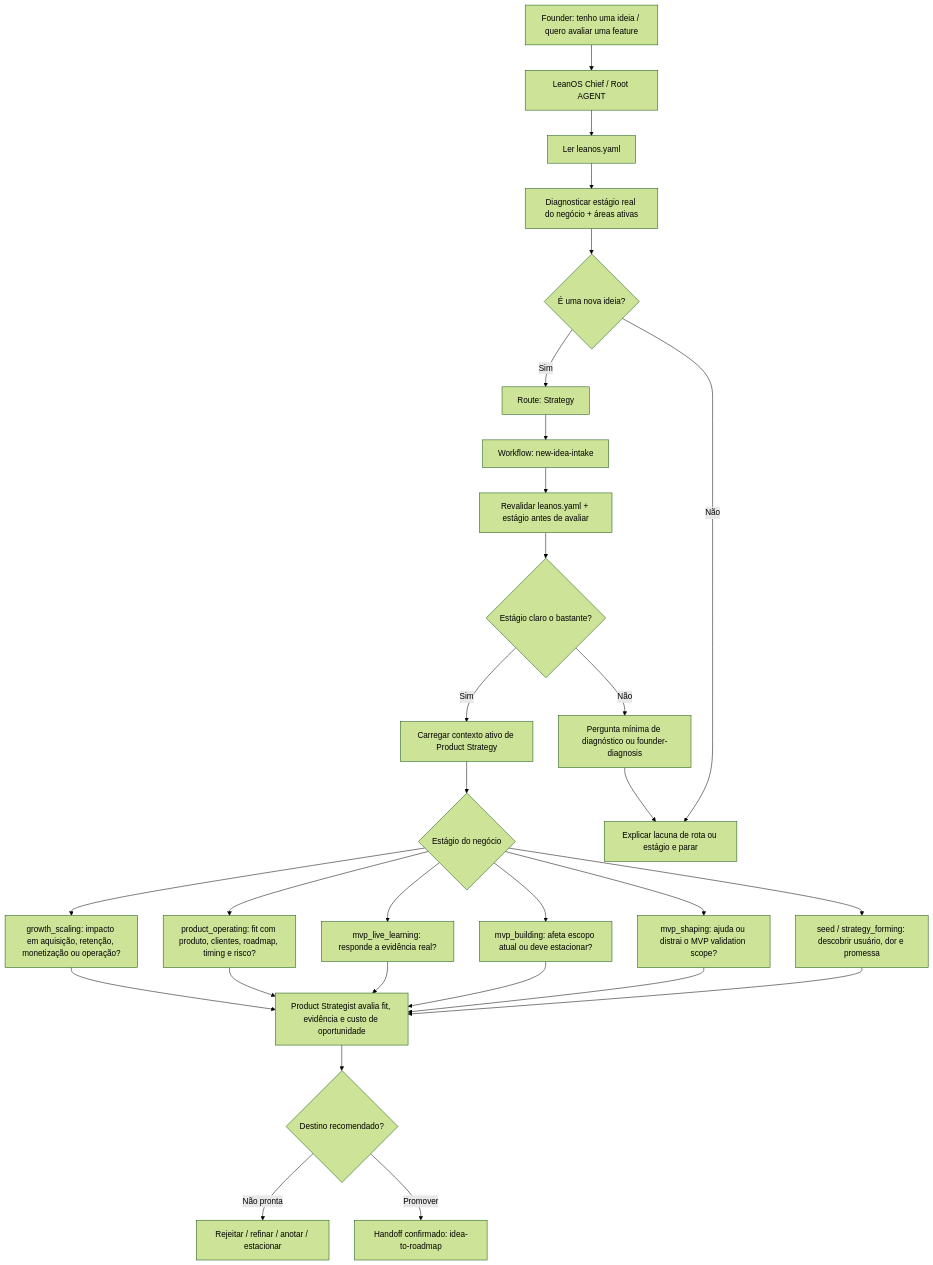
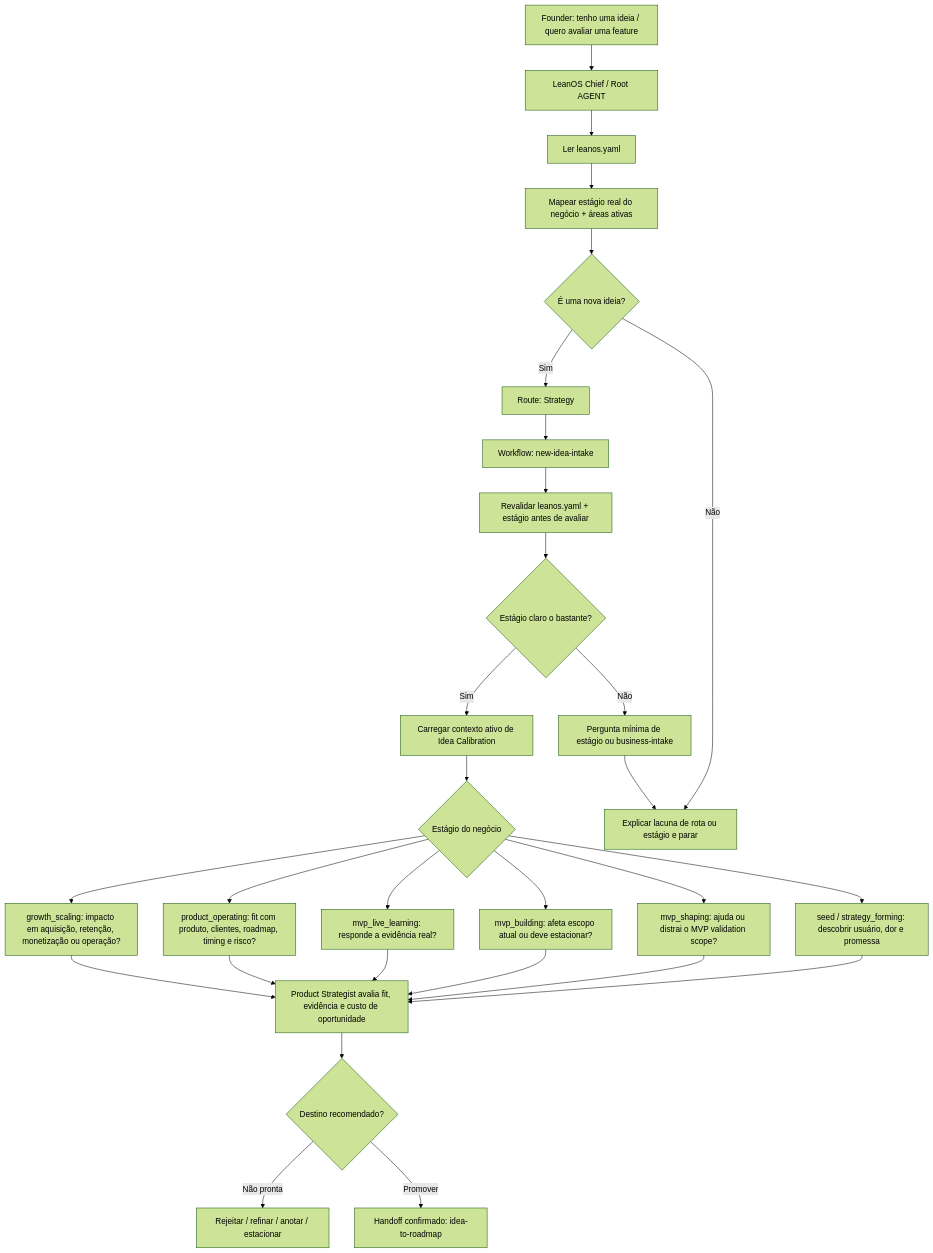
The diagram in docs/framework/founder-journeys/new-idea-intake.md (desousajhonny/leanOS), drawn with Mermaid (forest theme) before and after one commit. The commit also changed other lines of this file and 42 other files, not shown here.

Commit message:
chore: clarify business intake flow

````diff
--- a/docs/framework/founder-journeys/new-idea-intake.md
+++ b/docs/framework/founder-journeys/new-idea-intake.md
@@ -22,49 +22,49 @@
 ```mermaid
 flowchart TD
   A["Founder: tenho uma ideia / quero avaliar uma feature"]
   B["LeanOS Chief / Root AGENT"]
   C["Ler leanos.yaml"]
-  D["Diagnosticar estágio real do negócio + áreas ativas"]
+  D["Mapear estágio real do negócio + áreas ativas"]
   E{"É uma nova ideia?"}
   F["Route: Strategy"]
   G["Workflow: new-idea-intake"]
   H["Revalidar leanos.yaml + estágio antes de avaliar"]
   I{"Estágio claro o bastante?"}
-  J["Pergunta mínima de diagnóstico ou founder-diagnosis"]
-  K["Carregar contexto ativo de Product Strategy"]
+  J["Pergunta mínima de estágio ou business-intake"]
+  K["Carregar contexto ativo de Idea Calibration"]
   L{"Estágio do negócio"}
   M["seed / strategy_forming: descobrir usuário, dor e promessa"]
   N["mvp_shaping: ajuda ou distrai o MVP validation scope?"]
   O["mvp_building: afeta escopo atual ou deve estacionar?"]
   P["mvp_live_learning: responde a evidência real?"]
   Q["product_operating: fit com produto, clientes, roadmap, timing e risco?"]
   R["growth_scaling: impacto em aquisição, retenção, monetização ou operação?"]
   S["Product Strategist avalia fit, evidência e custo de oportunidade"]
   T{"Destino recomendado?"}
   U["Rejeitar / refinar / anotar / estacionar"]
   V["Handoff confirmado: idea-to-roadmap"]
   W["Explicar lacuna de rota ou estágio e parar"]
 
   A --> B --> C --> D --> E
   E -->|Sim| F --> G --> H --> I
   E -->|Não| W
   I -->|Não| J
   J --> W
   I -->|Sim| K
   K --> L
   L --> M
   M --> S
   L --> N
   N --> S
   L --> O
   O --> S
   L --> P
   P --> S
   L --> Q
   Q --> S
   L --> R
   R --> S
   S --> T
   T -->|Não pronta| U
   T -->|Promover| V
 ```
````
